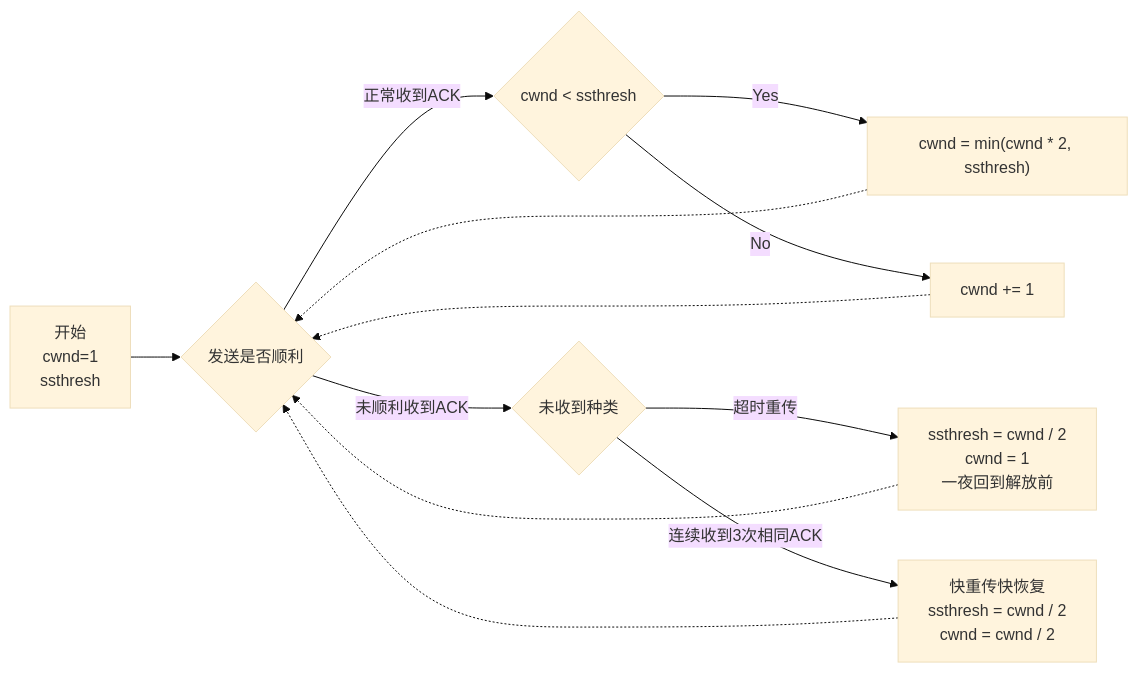
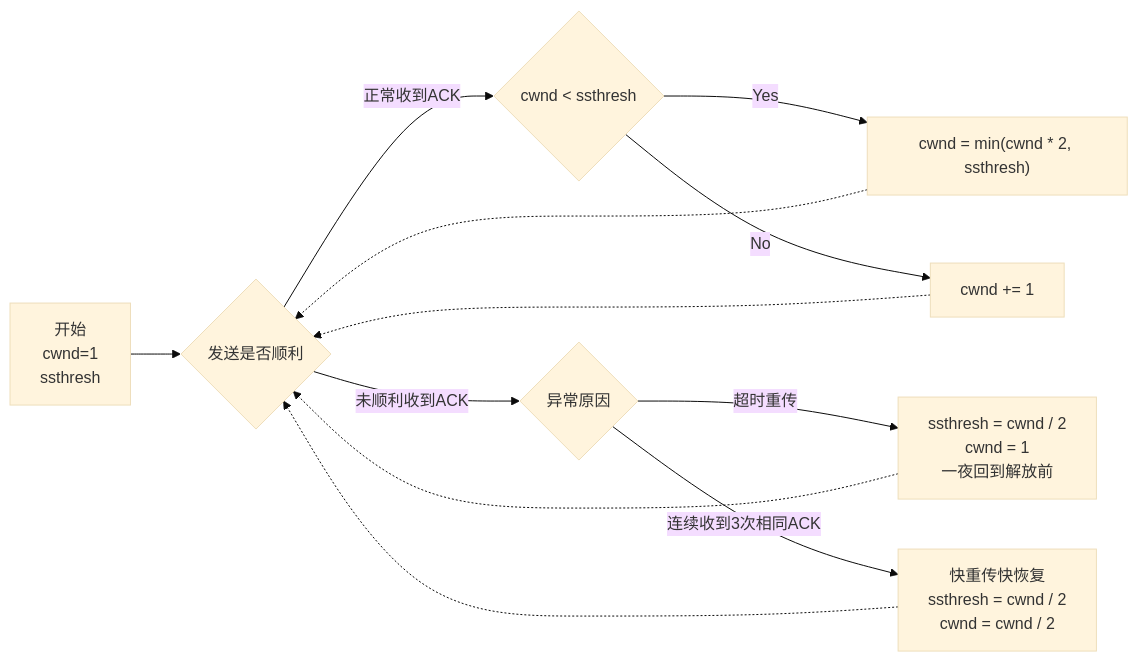
One commit to LetMeFly666/LeetCode changed the diagram in Solutions/Other-Notes-Mianjing.md. Above: the diagram before and after it, drawn with Mermaid (base theme). The commit also changed other lines of this file and 17 other files, not shown here.

````diff
--- a/Solutions/Other-Notes-Mianjing.md
+++ b/Solutions/Other-Notes-Mianjing.md
@@ -217,15 +217,15 @@
 ```mermaid
 graph LR
     Begin[开始<br/>cwnd=1<br/>ssthresh]-->R{发送是否顺利}
     R-->|正常收到ACK| Y{cwnd < ssthresh}
     Y-->|Yes| YY["cwnd = min(cwnd * 2, ssthresh)"]
     Y-->|No| YN["cwnd += 1"]
-    R-->|未顺利收到ACK| N{未收到种类}
+    R-->|未顺利收到ACK| N{异常原因}
     N-->|超时重传| NY["ssthresh = cwnd / 2<br/>cwnd = 1<br/>一夜回到解放前"]
     N-->|连续收到3次相同ACK| NN["快重传快恢复<br/>ssthresh = cwnd / 2<br/>cwnd = cwnd / 2"]
 
     YY-.->R
     YN-.->R
     NY-.->R
     NN-.->R
 ```
````
